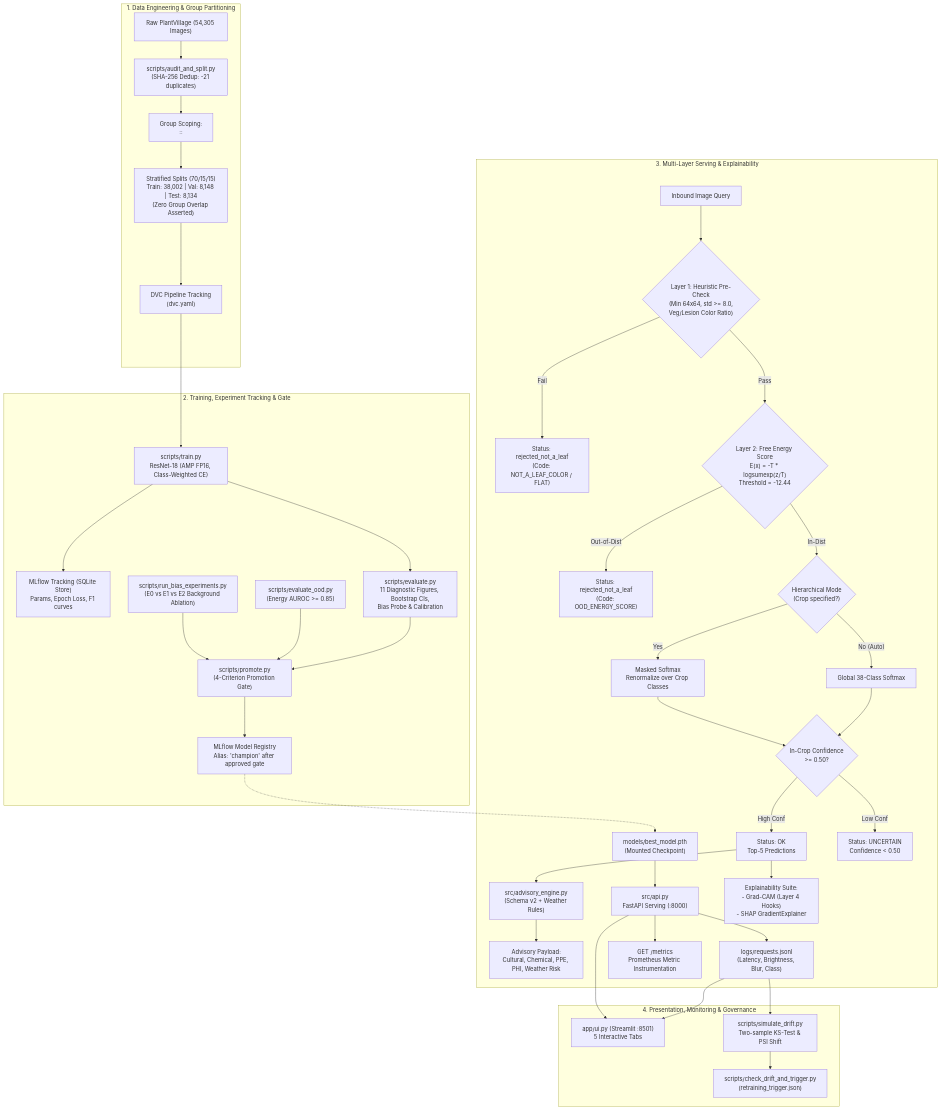
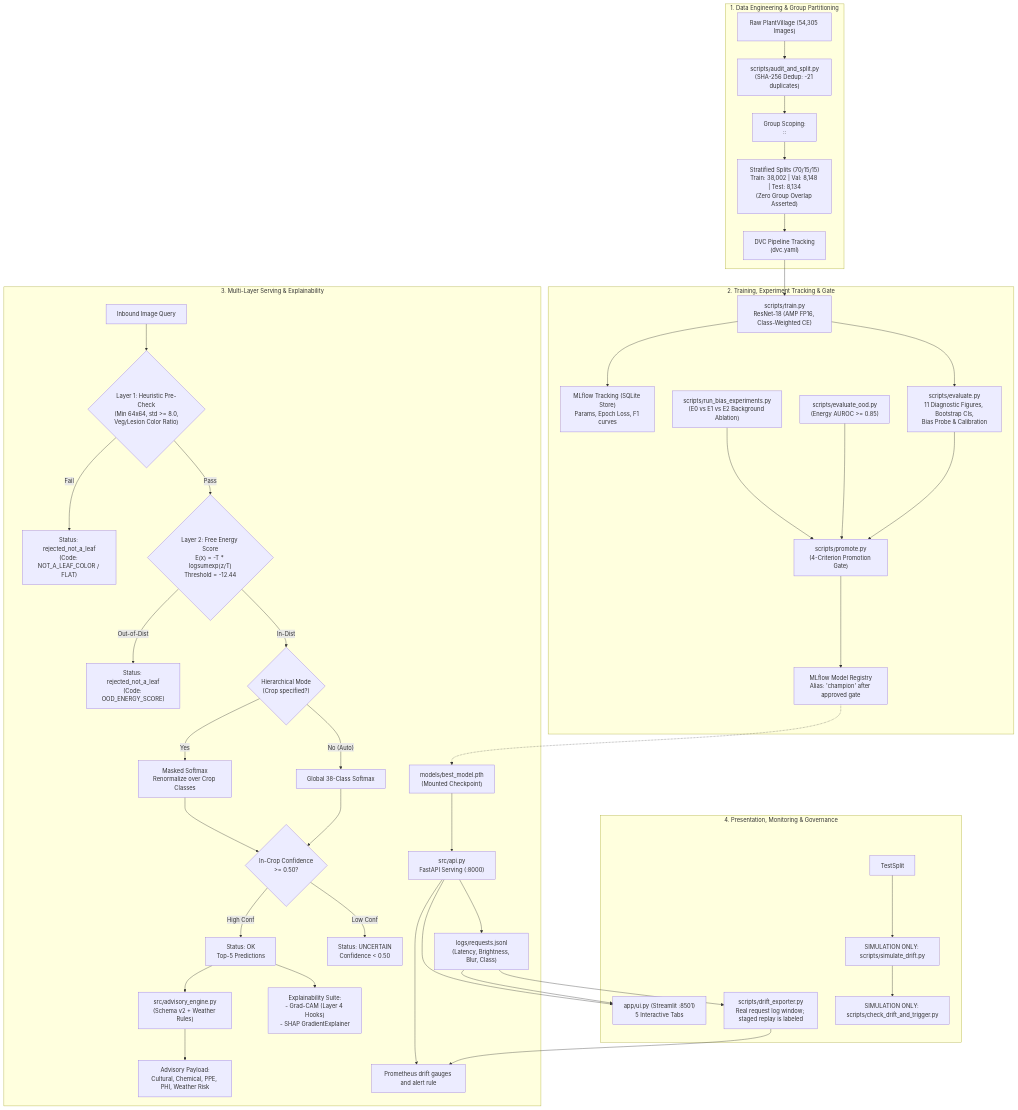
The first of 2 diagrams in docs/ARCHITECTURE.md (vedantn03/plant_disease), drawn with Mermaid before and after one commit. The commit also changed other lines of this file and 14 other files, not shown here.

````diff
--- a/docs/ARCHITECTURE.md
+++ b/docs/ARCHITECTURE.md
@@ -13,55 +13,57 @@
 ```mermaid
 flowchart TD
     subgraph Data_Engineering["1. Data Engineering & Group Partitioning"]
         Raw["Raw PlantVillage (54,305 Images)"] --> Audit["scripts/audit_and_split.py\n(SHA-256 Dedup: -21 duplicates)"]
         Audit --> ScopedGroup["Group Scoping:\n<crop>::<id>"]
         ScopedGroup --> Splits["Stratified Splits (70/15/15)\nTrain: 38,002 | Val: 8,148 | Test: 8,134\n(Zero Group Overlap Asserted)"]
         Splits --> DVC["DVC Pipeline Tracking\n(dvc.yaml)"]
     end
 
     subgraph Training_MLOps["2. Training, Experiment Tracking & Gate"]
         DVC --> Train["scripts/train.py\nResNet-18 (AMP FP16, Class-Weighted CE)"]
         Train --> MLflow["MLflow Tracking (SQLite Store)\nParams, Epoch Loss, F1 curves"]
         Train --> Eval["scripts/evaluate.py\n11 Diagnostic Figures, Bootstrap CIs,\nBias Probe & Calibration"]
         BiasExp["scripts/run_bias_experiments.py\n(E0 vs E1 vs E2 Background Ablation)"] --> Gate["scripts/promote.py\n(4-Criterion Promotion Gate)"]
         OODEval["scripts/evaluate_ood.py\n(Energy AUROC >= 0.85)"] --> Gate
         Eval --> Gate
         Gate --> Registry["MLflow Model Registry\nAlias: 'champion' after approved gate"]
     end
 
     subgraph Serving_Layer["3. Multi-Layer Serving & Explainability"]
         Registry -.-> PthCheck["models/best_model.pth\n(Mounted Checkpoint)"]
         PthCheck --> API["src/api.py\nFastAPI Serving (:8000)"]
 
         InputImg["Inbound Image Query"] --> L1PreCheck{"Layer 1: Heuristic Pre-Check\n(Min 64x64, std >= 8.0,\nVeg/Lesion Color Ratio)"}
         L1PreCheck -- Fail --> RejL1["Status: rejected_not_a_leaf\n(Code: NOT_A_LEAF_COLOR / FLAT)"]
 
         L1PreCheck -- Pass --> L2Energy{"Layer 2: Free Energy Score\nE(x) = -T * logsumexp(z/T)\nThreshold = -12.44"}
         L2Energy -- Out-of-Dist --> RejL2["Status: rejected_not_a_leaf\n(Code: OOD_ENERGY_SCORE)"]
 
         L2Energy -- In-Dist --> CropSelect{"Hierarchical Mode\n(Crop specified?)"}
         CropSelect -- Yes --> MaskedSoftmax["Masked Softmax\nRenormalize over Crop Classes"]
         CropSelect -- No (Auto) --> GlobalSoftmax["Global 38-Class Softmax"]
 
         MaskedSoftmax --> ConfCheck{"In-Crop Confidence\n>= 0.50?"}
         GlobalSoftmax --> ConfCheck
 
         ConfCheck -- High Conf --> OkResp["Status: OK\nTop-5 Predictions"]
         ConfCheck -- Low Conf --> UncertResp["Status: UNCERTAIN\nConfidence < 0.50"]
 
         OkResp --> AdvEngine["src/advisory_engine.py\n(Schema v2 + Weather Rules)"]
         AdvEngine --> AdvCard["Advisory Payload:\nCultural, Chemical, PPE, PHI, Weather Risk"]
 
         OkResp --> Explainers["Explainability Suite:\n- Grad-CAM (Layer 4 Hooks)\n- SHAP GradientExplainer"]
 
         API --> JSONL["logs/requests.jsonl\n(Latency, Brightness, Blur, Class)"]
         API --> Prom["GET /metrics\nPrometheus Metric Instrumentation"]
     end
 
     subgraph User_Interface["4. Presentation, Monitoring & Governance"]
         API --> Streamlit["app/ui.py (Streamlit :8501)\n5 Interactive Tabs"]
         JSONL --> Streamlit
-        JSONL --> Drift["scripts/simulate_drift.py\nTwo-sample KS-Test & PSI Shift"]
-        Drift --> DriftTrigger["scripts/check_drift_and_trigger.py\n(retraining_trigger.json)"]
+        JSONL --> DriftExporter["scripts/drift_exporter.py\nReal request log window; staged replay is labeled"]
+        DriftExporter --> Prom["Prometheus drift gauges and alert rule"]
+        TestSplit --> DriftSimulation["SIMULATION ONLY: scripts/simulate_drift.py"]
+        DriftSimulation --> DriftTrigger["SIMULATION ONLY: scripts/check_drift_and_trigger.py"]
     end
 ```
````
